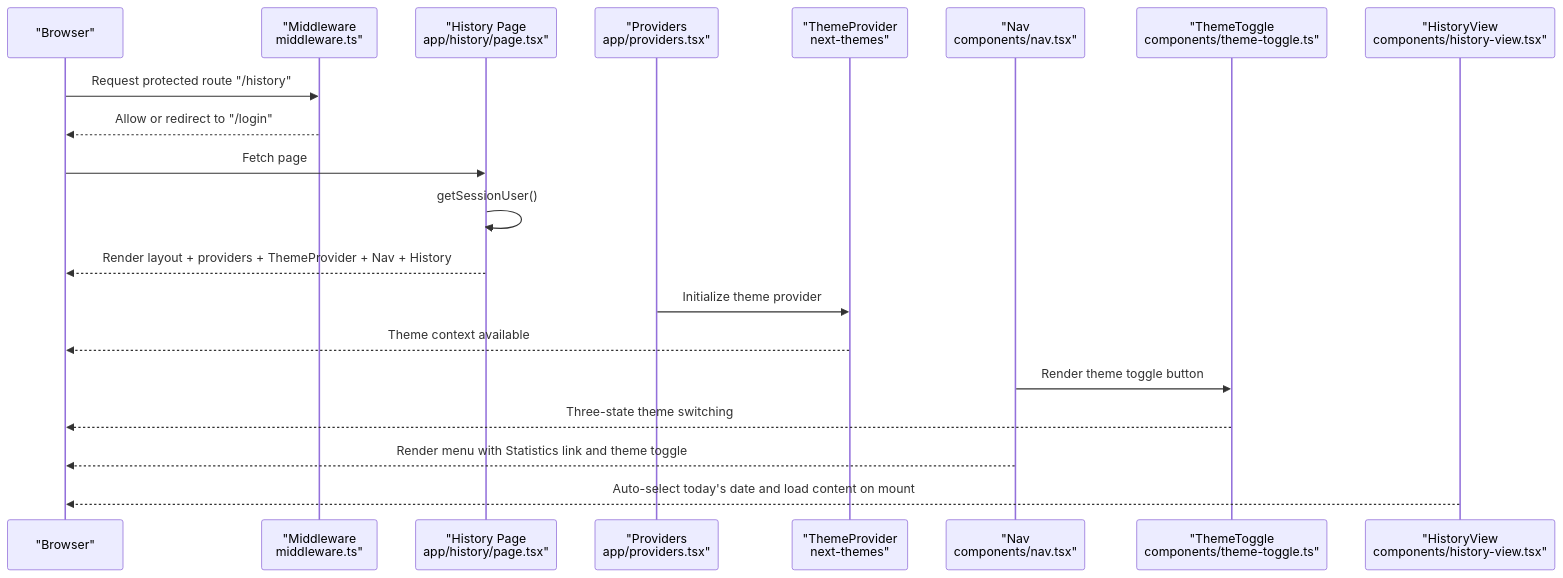
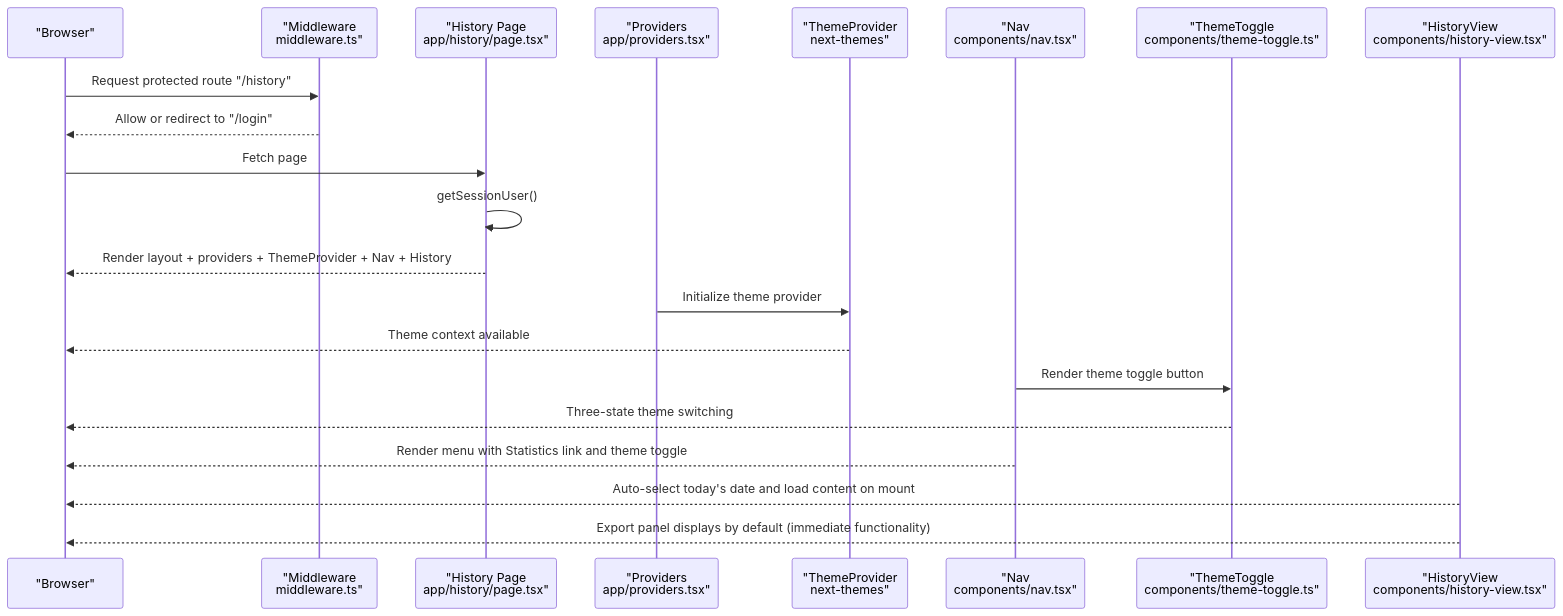
Before and after one commit to jrj444/git-daily: the second of 14 diagrams in .qoder/repowiki/en/content/Frontend Components/Frontend Components.md, drawn with Mermaid. The commit also changed other lines of this file and 6 other files, not shown here.

````diff
--- a/.qoder/repowiki/en/content/Frontend Components/Frontend Components.md
+++ b/.qoder/repowiki/en/content/Frontend Components/Frontend Components.md
@@ -244,22 +244,23 @@
 ```mermaid
 sequenceDiagram
 participant Browser as "Browser"
 participant Middleware as "Middleware<br/>middleware.ts"
 participant Page as "History Page<br/>app/history/page.tsx"
 participant Provider as "Providers<br/>app/providers.tsx"
 participant ThemeProvider as "ThemeProvider<br/>next-themes"
 participant Nav as "Nav<br/>components/nav.tsx"
 participant ThemeToggle as "ThemeToggle<br/>components/theme-toggle.ts"
 participant History as "HistoryView<br/>components/history-view.tsx"
 Browser->>Middleware : Request protected route "/history"
 Middleware-->>Browser : Allow or redirect to "/login"
 Browser->>Page : Fetch page
 Page->>Page : getSessionUser()
 Page-->>Browser : Render layout + providers + ThemeProvider + Nav + History
 Provider->>ThemeProvider : Initialize theme provider
 ThemeProvider-->>Browser : Theme context available
 Nav->>ThemeToggle : Render theme toggle button
 ThemeToggle-->>Browser : Three-state theme switching
 Nav-->>Browser : Render menu with Statistics link and theme toggle
 History-->>Browser : Auto-select today's date and load content on mount
+History-->>Browser : Export panel displays by default (immediate functionality)
 ```
````
